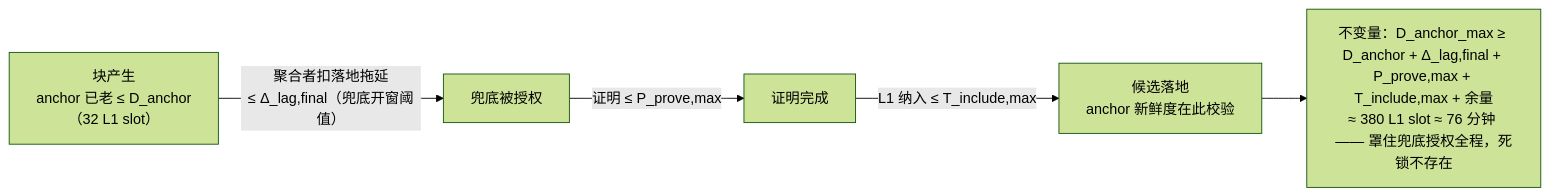
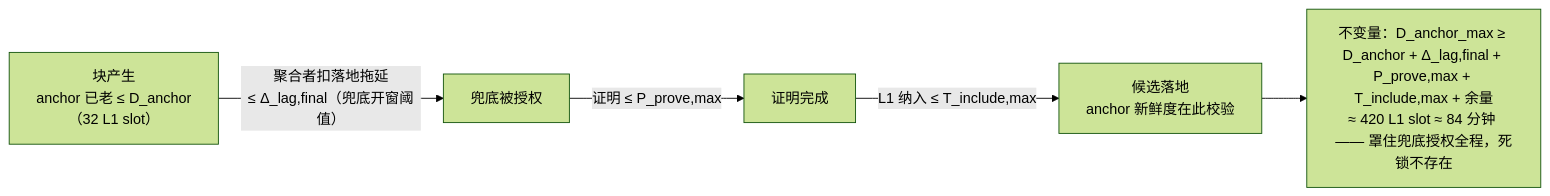
One commit to taikoxyz/taiko-mono changed the tenth of 10 diagrams in packages/protocol/docs/preconfirmation-v2/slot-chain-spec.md. Above: the diagram before and after it, drawn with Mermaid (forest theme). The commit also changed other lines of this file and 6 other files, not shown here.

First line of the commit message:
docs(protocol): slot-chain spec v1.46 — de-vacuous model invariant checks (recalibrating Δ_lag,final), queue-append property, HTML drift guard

````diff
--- a/packages/protocol/docs/preconfirmation-v2/slot-chain-spec.md
+++ b/packages/protocol/docs/preconfirmation-v2/slot-chain-spec.md
@@ -1299,7 +1308,7 @@
   ```mermaid
   flowchart LR
       T0["块产生<br/>anchor 已老 ≤ D_anchor<br/>（32 L1 slot）"] -->|"聚合者扣落地拖延<br/>≤ Δ_lag,final（兜底开窗阈值）"| T1["兜底被授权"]
       T1 -->|"证明 ≤ P_prove,max"| T2["证明完成"]
       T2 -->|"L1 纳入 ≤ T_include,max"| T3["候选落地<br/>anchor 新鲜度在此校验"]
-      T3 --> INV["不变量：D_anchor_max ≥ D_anchor + Δ_lag,final + P_prove,max + T_include,max + 余量<br/>≈ 380 L1 slot ≈ 76 分钟 —— 罩住兜底授权全程，死锁不存在"]
+      T3 --> INV["不变量：D_anchor_max ≥ D_anchor + Δ_lag,final + P_prove,max + T_include,max + 余量<br/>≈ 420 L1 slot ≈ 84 分钟 —— 罩住兜底授权全程，死锁不存在"]
   ```
````
